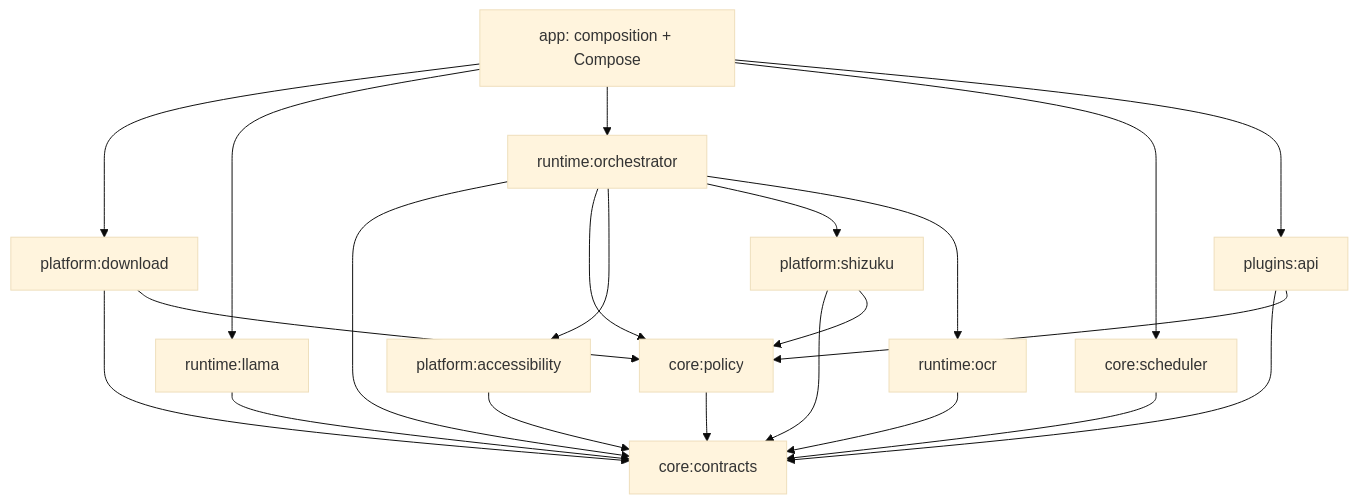
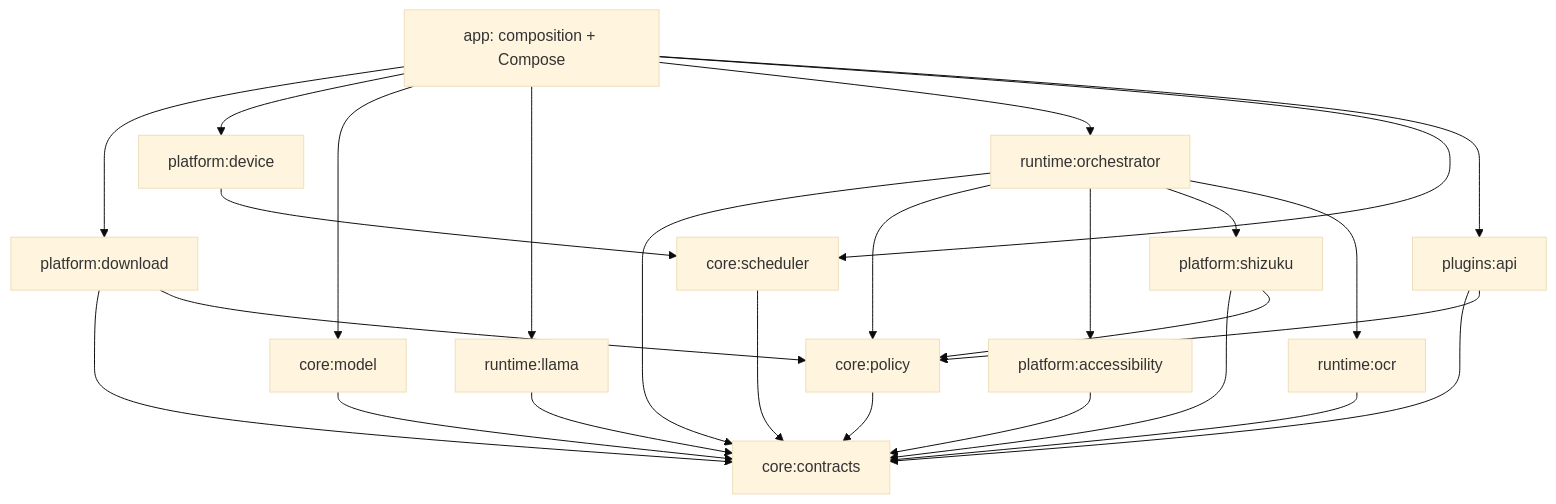
Before and after one commit to soobujmiah/lai: the diagram in docs/ARCHITECTURE_COMPARISON_NPUHUB.md, drawn with Mermaid (base theme). The commit also changed other lines of this file and 23 other files, not shown here.

````diff
--- a/docs/ARCHITECTURE_COMPARISON_NPUHUB.md
+++ b/docs/ARCHITECTURE_COMPARISON_NPUHUB.md
@@ -50,36 +50,42 @@
 ```mermaid
 flowchart TB
   APP[app: composition + Compose]
   CONTRACTS[core:contracts]
   POLICY[core:policy]
   SCHED[core:scheduler]
+  MODEL[core:model]
   PLUGIN[plugins:api]
   DL[platform:download]
+  DEVICE[platform:device]
   AX[platform:accessibility]
   SH[platform:shizuku]
   LLAMA[runtime:llama]
   OCR[runtime:ocr]
   ORCH[runtime:orchestrator]
 
   POLICY --> CONTRACTS
   SCHED --> CONTRACTS
+  MODEL --> CONTRACTS
   PLUGIN --> CONTRACTS
   PLUGIN --> POLICY
   DL --> CONTRACTS
   DL --> POLICY
+  DEVICE --> SCHED
   AX --> CONTRACTS
   SH --> CONTRACTS
   SH --> POLICY
   LLAMA --> CONTRACTS
   OCR --> CONTRACTS
   ORCH --> CONTRACTS
   ORCH --> POLICY
   ORCH --> AX
   ORCH --> SH
   ORCH --> OCR
   APP --> DL
+  APP --> DEVICE
+  APP --> MODEL
   APP --> LLAMA
   APP --> ORCH
   APP --> SCHED
   APP --> PLUGIN
 ```
````
